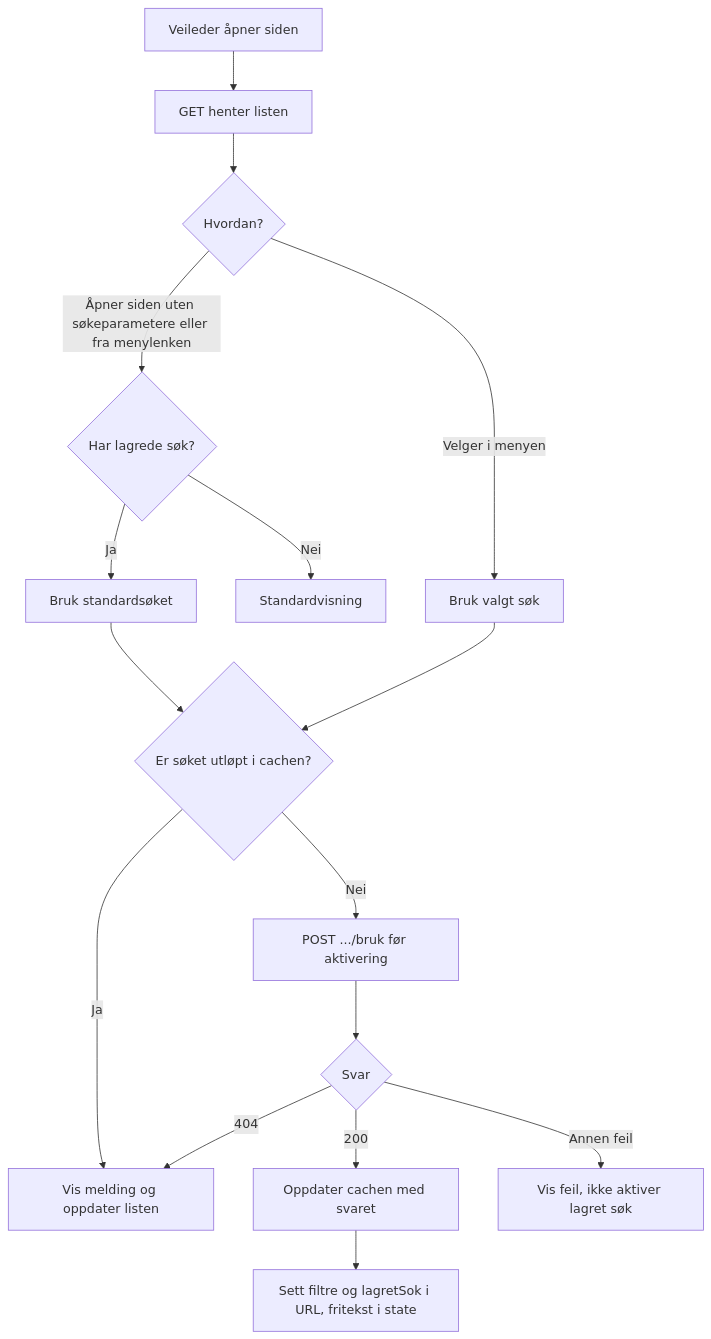
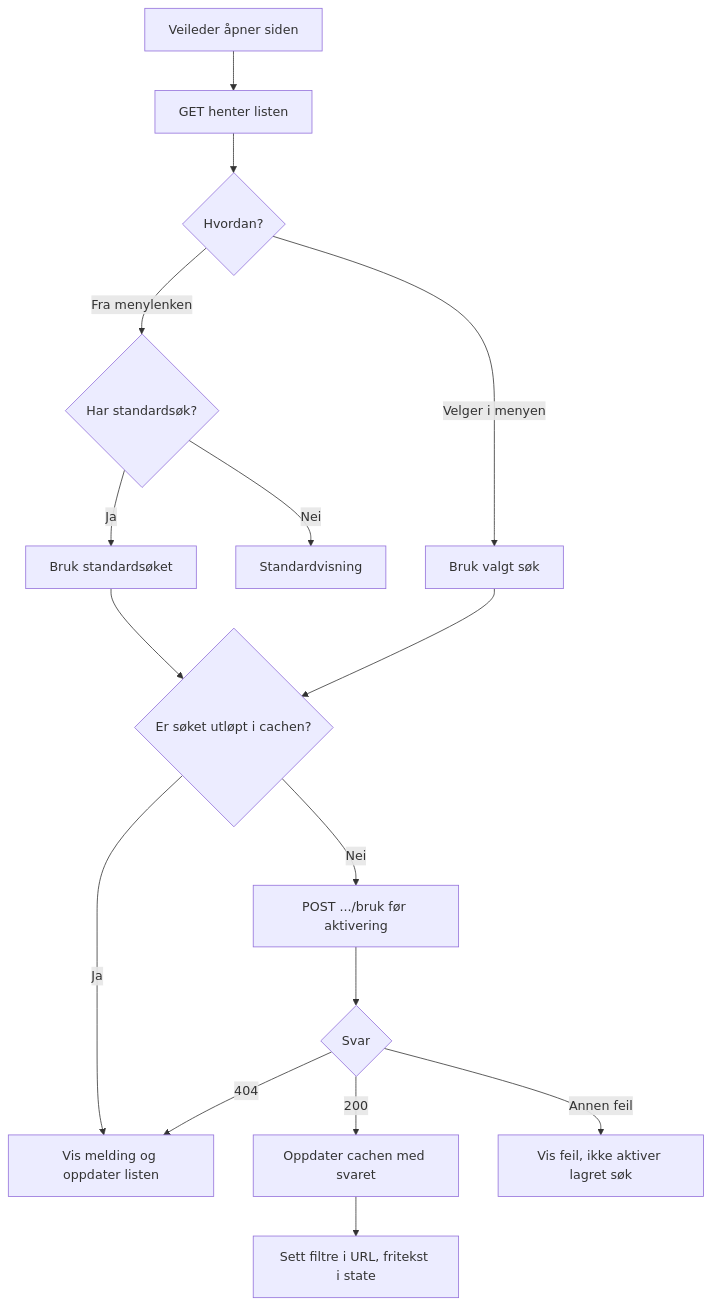
Before and after one commit to navikt/rekrutteringstreff-backend: the fourth of 5 diagrams in docs/9-planer/lagrede-sok.md, drawn with Mermaid. The commit also changed other lines of this file and 2 other files, not shown here.

````diff
--- a/docs/9-planer/lagrede-sok.md
+++ b/docs/9-planer/lagrede-sok.md
@@ -436,18 +456,18 @@
 ```mermaid
 flowchart TD
     A[Veileder åpner siden] --> B[GET henter listen]
     B --> C{Hvordan?}
-    C -->|Åpner siden uten søkeparametere eller fra menylenken| D{Har lagrede søk?}
+    C -->|Fra menylenken| D{Har standardsøk?}
     D -->|Ja| E[Bruk standardsøket]
     D -->|Nei| F[Standardvisning]
     C -->|Velger i menyen| G[Bruk valgt søk]
     E --> H{Er søket utløpt i cachen?}
     G --> H
     H -->|Ja| X[Vis melding og oppdater listen]
     H -->|Nei| J[POST .../bruk før aktivering]
     J --> L{Svar}
     L -->|200| M[Oppdater cachen med svaret]
     L -->|404| X
     L -->|Annen feil| Y[Vis feil, ikke aktiver lagret søk]
-    M --> N[Sett filtre og lagretSok i URL, fritekst i state]
+    M --> N[Sett filtre i URL, fritekst i state]
 ```
````
